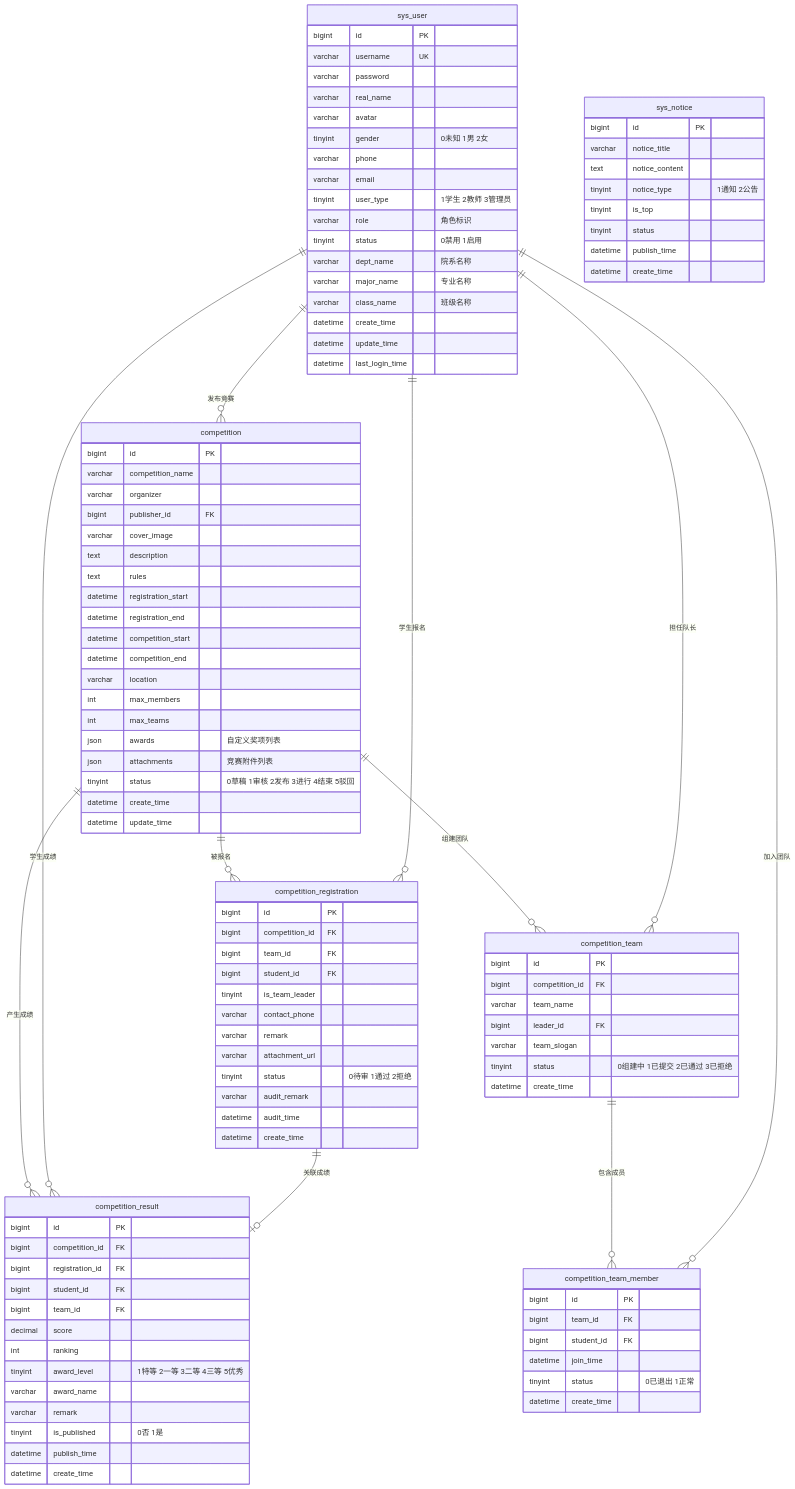
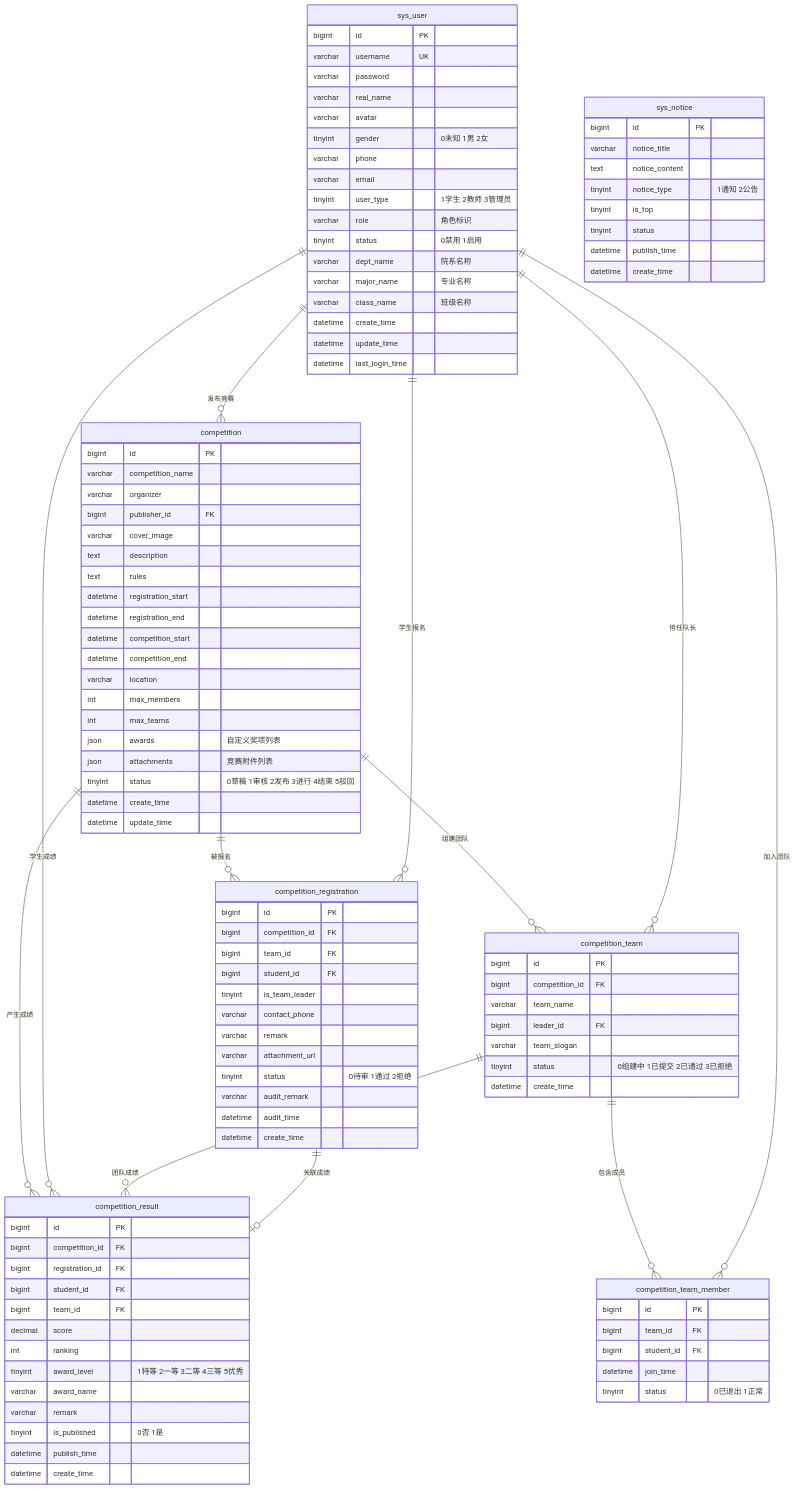
Before and after one commit to jiuxina/SGADQRS: the diagram in docs/ER-DIAGRAM.md, drawn with Mermaid. The commit also changed 2 other files, not shown here.

Commit message:
docs: 队伍实体冗余字段精简并同步 init.sql 与 ER 图——文档

```diff
--- a/docs/ER-DIAGRAM.md
+++ b/docs/ER-DIAGRAM.md
@@ -93,7 +93,6 @@
         bigint student_id FK
         datetime join_time
         tinyint status "0已退出 1正常"
-        datetime create_time
     }
 
     sys_notice {
@@ -118,6 +117,7 @@
     sys_user ||--o{ competition_result : "学生成绩"
 
     competition_team ||--o{ competition_team_member : "包含成员"
+    competition_team ||--o{ competition_result : "团队成绩"
     sys_user ||--o{ competition_team_member : "加入团队"
     sys_user ||--o{ competition_team : "担任队长"
 
```
